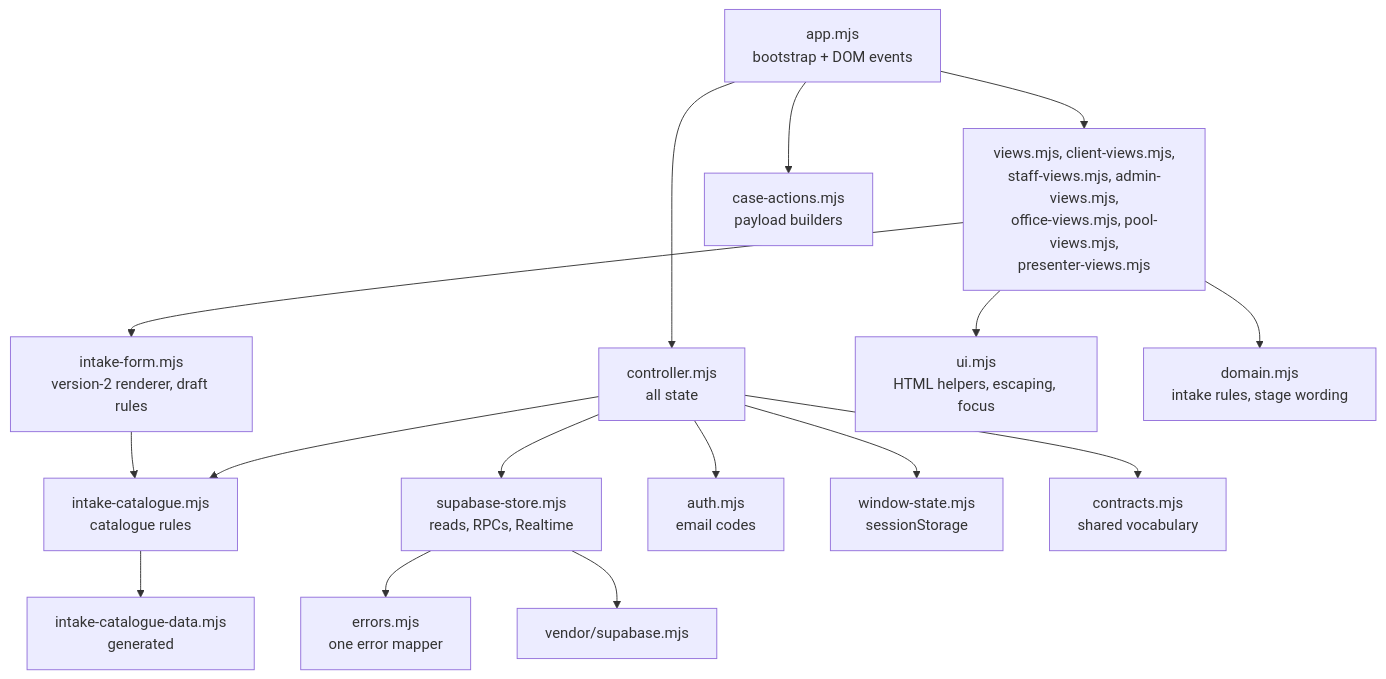
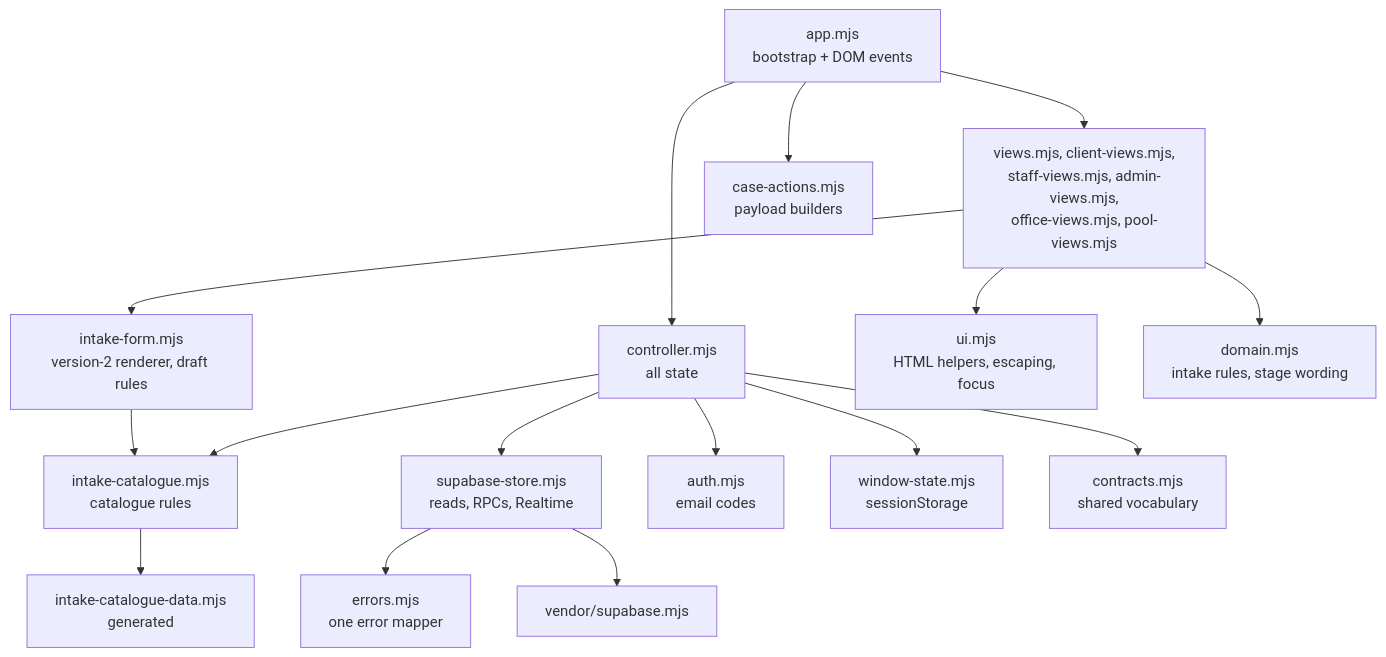
Before and after one commit to jin-yu-yang/VITA-Management-System-Demo: the diagram in docs/developer/frontend.md, drawn with Mermaid. The commit also changed other lines of this file and 62 other files, not shown here.

````diff
--- a/docs/developer/frontend.md
+++ b/docs/developer/frontend.md
@@ -38,18 +38,18 @@
 ```mermaid
 flowchart TD
   app["app.mjs<br/>bootstrap + DOM events"] --> controller["controller.mjs<br/>all state"]
-  app --> views["views.mjs, client-views.mjs,<br/>staff-views.mjs, admin-views.mjs,<br/>office-views.mjs, pool-views.mjs,<br/>presenter-views.mjs"]
+  app --> views["views.mjs, client-views.mjs,<br/>staff-views.mjs, admin-views.mjs,<br/>office-views.mjs, pool-views.mjs"]
   app --> caseActions["case-actions.mjs<br/>payload builders"]
   views --> intakeForm["intake-form.mjs<br/>version-2 renderer, draft rules"]
   intakeForm --> catalogue["intake-catalogue.mjs<br/>catalogue rules"]
   controller --> catalogue
   catalogue --> catalogueData["intake-catalogue-data.mjs<br/>generated"]
   controller --> store["supabase-store.mjs<br/>reads, RPCs, Realtime"]
   controller --> auth["auth.mjs<br/>email codes"]
   controller --> windowState["window-state.mjs<br/>sessionStorage"]
   views --> ui["ui.mjs<br/>HTML helpers, escaping, focus"]
   views --> domain["domain.mjs<br/>intake rules, stage wording"]
   store --> errors["errors.mjs<br/>one error mapper"]
   controller --> contracts["contracts.mjs<br/>shared vocabulary"]
   store --> sdk["vendor/supabase.mjs"]
 ```
````
